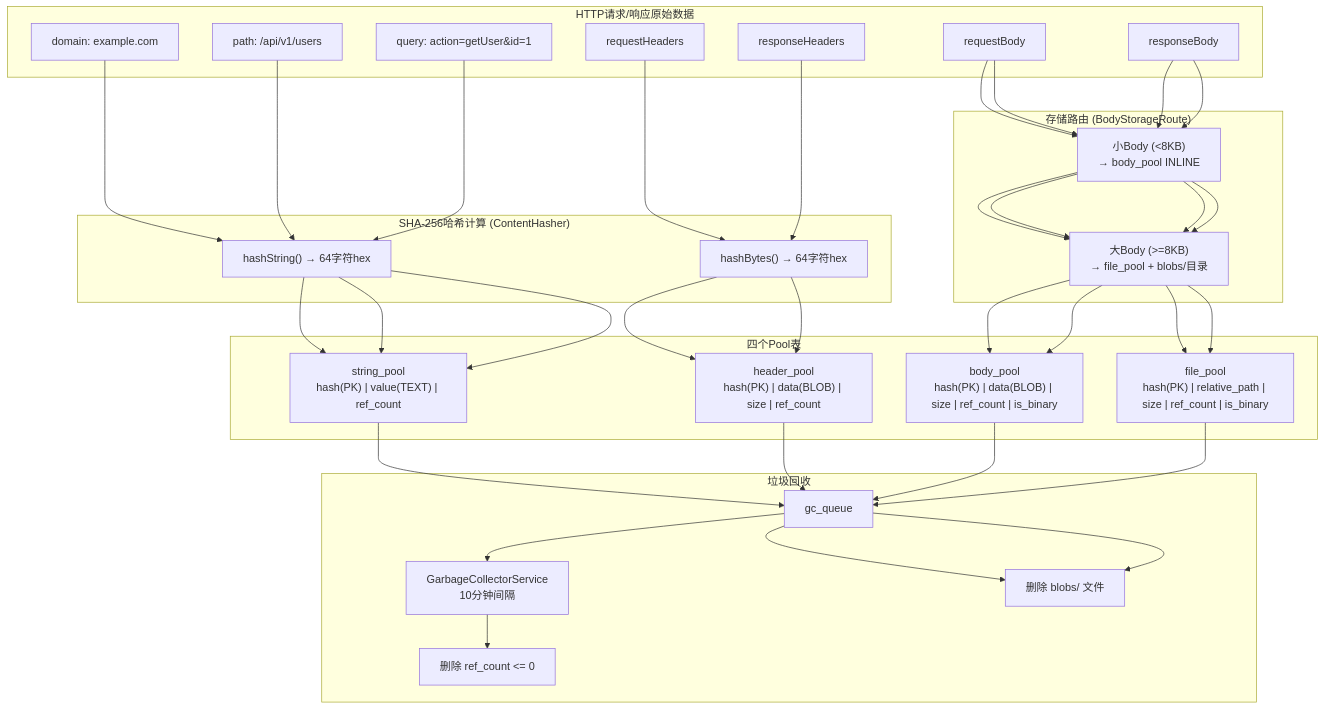
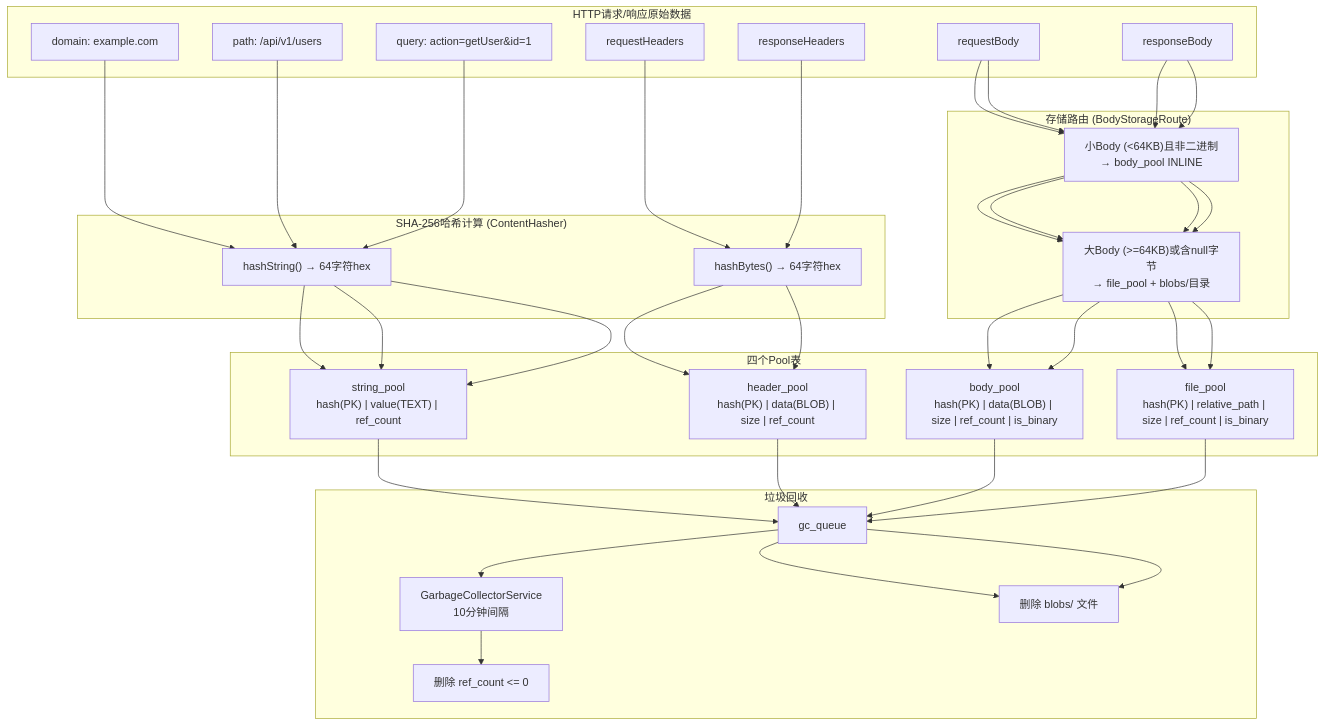
One commit to GitHubNull/repeaterManger changed diagram 23 of 28 in doc/data_flow_analysis.md. Above: the diagram before and after it, drawn with Mermaid. The commit also changed other lines of this file and 2 other files, not shown here.

````diff
--- a/doc/data_flow_analysis.md
+++ b/doc/data_flow_analysis.md
@@ -874,50 +874,50 @@
 ```mermaid
 graph TB
     subgraph Input["HTTP请求/响应原始数据"]
         A1["domain: example.com"]
         A2["path: /api/v1/users"]
         A3["query: action=getUser&id=1"]
         A4["requestHeaders"]
         A5["requestBody"]
         A6["responseHeaders"]
         A7["responseBody"]
     end
 
     subgraph Hash["SHA-256哈希计算 (ContentHasher)"]
         H1["hashString() → 64字符hex"]
         H2["hashBytes() → 64字符hex"]
     end
 
     subgraph Pools["四个Pool表"]
         P1["string_pool<br/>hash(PK) | value(TEXT) | ref_count"]
         P2["header_pool<br/>hash(PK) | data(BLOB) | size | ref_count"]
         P3["body_pool<br/>hash(PK) | data(BLOB) | size | ref_count | is_binary"]
         P4["file_pool<br/>hash(PK) | relative_path | size | ref_count | is_binary"]
     end
 
     subgraph Route["存储路由 (BodyStorageRoute)"]
-        R1["小Body (<8KB)<br/>→ body_pool INLINE"]
-        R2["大Body (>=8KB)<br/>→ file_pool + blobs/目录"]
+        R1["小Body (<64KB)且非二进制<br/>→ body_pool INLINE"]
+        R2["大Body (>=64KB)或含null字节<br/>→ file_pool + blobs/目录"]
     end
 
     subgraph GC["垃圾回收"]
         G1["gc_queue"]
         G2["GarbageCollectorService<br/>10分钟间隔"]
         G3["删除 ref_count <= 0"]
         G4["删除 blobs/ 文件"]
     end
 
     A1 --> H1 --> P1
     A2 --> H1 --> P1
     A3 --> H1 --> P1
     A4 --> H2 --> P2
     A5 --> R1 --> R2 --> P3
     A5 --> R1 --> R2 --> P4
     A6 --> H2 --> P2
     A7 --> R1 --> R2 --> P3
     A7 --> R1 --> R2 --> P4
     P1 --> G1 --> G2 --> G3
     P2 --> G1
     P3 --> G1 --> G4
     P4 --> G1 --> G4
 ```
````
